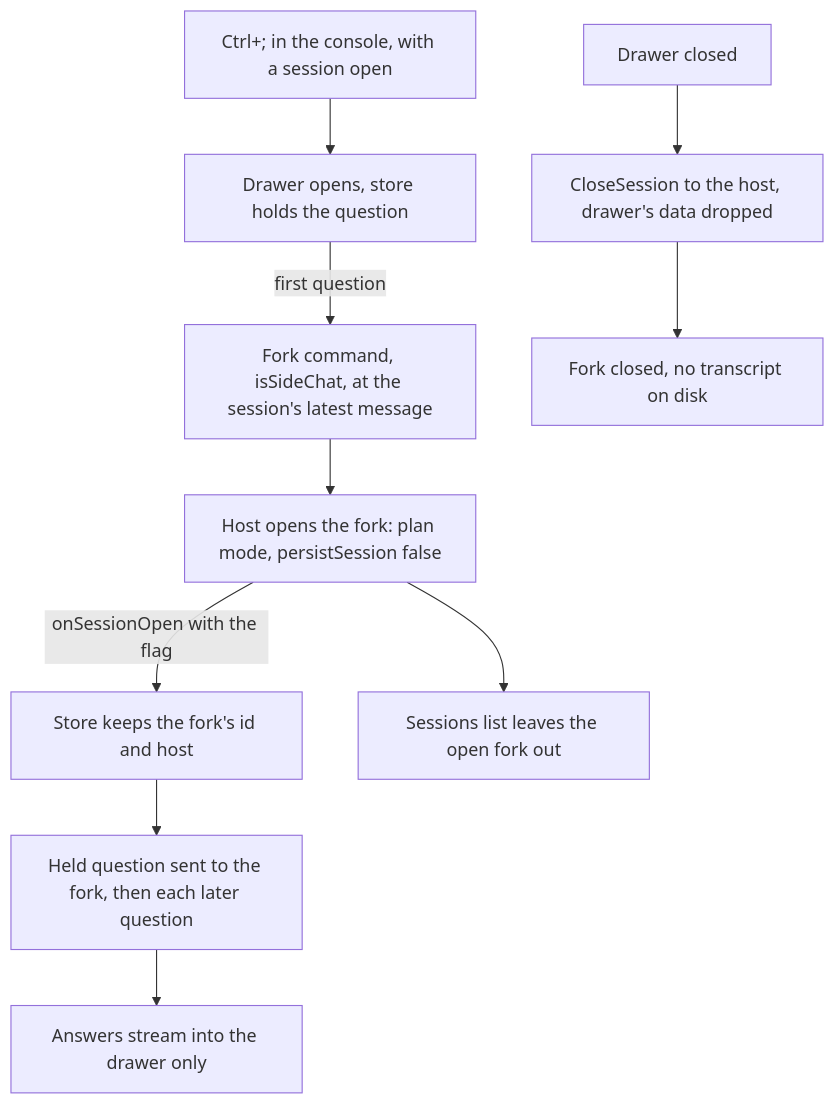
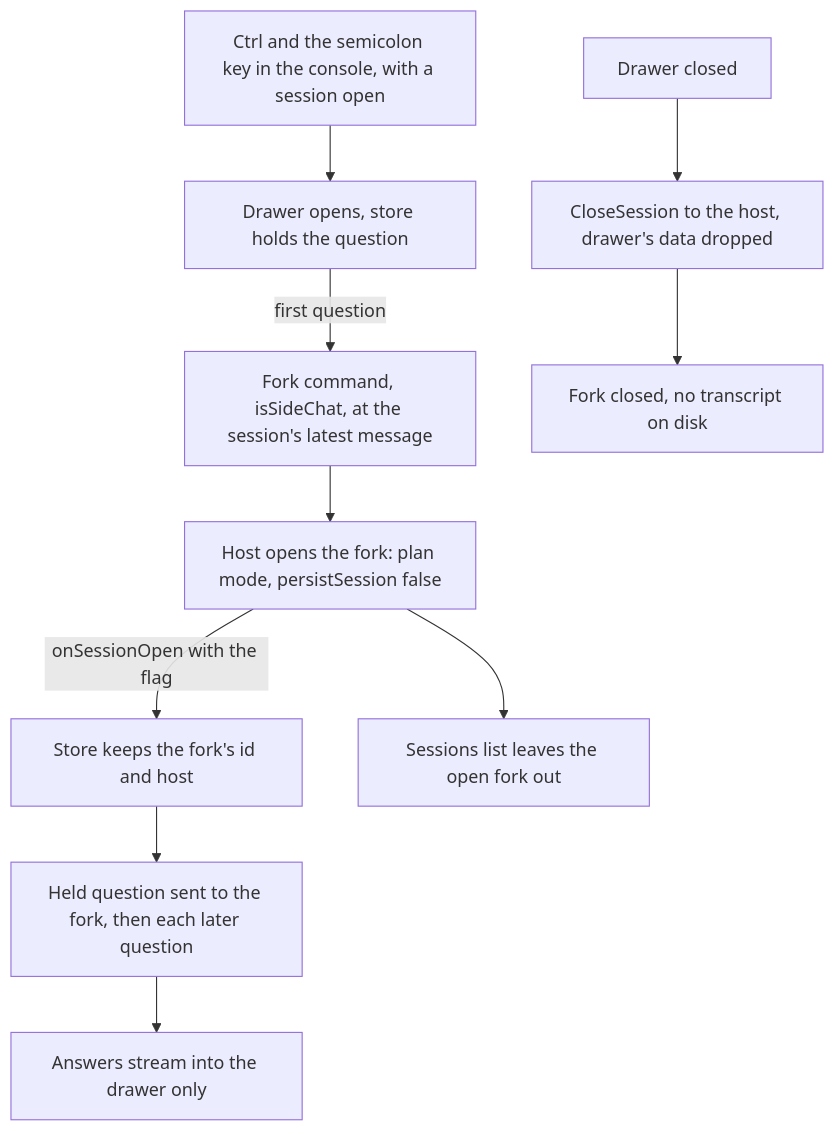
One commit to Esposter/Esposter changed the diagram in openspec/specs/infra/claude-interface/agent-console/side-chat/design.md. Above: the diagram before and after it, drawn with Mermaid. The commit also changed other lines of this file and 3 other files, not shown here.

````diff
--- a/openspec/specs/infra/claude-interface/agent-console/side-chat/design.md
+++ b/openspec/specs/infra/claude-interface/agent-console/side-chat/design.md
@@ -7,12 +7,12 @@
 ```mermaid
 flowchart TD
-  K["Ctrl+; in the console, with a session open"] --> OPEN["Drawer opens, store holds the question"]
+  K["Ctrl and the semicolon key in the console, with a session open"] --> OPEN["Drawer opens, store holds the question"]
   OPEN -->|"first question"| FORK["Fork command, isSideChat, at the session's latest message"]
   FORK --> HOST["Host opens the fork: plan mode, persistSession false"]
   HOST -->|"onSessionOpen with the flag"| HELD["Store keeps the fork's id and host"]
   HELD --> ASK["Held question sent to the fork, then each later question"]
   ASK --> ANSWER["Answers stream into the drawer only"]
   HOST --> LIST["Sessions list leaves the open fork out"]
   CLOSE["Drawer closed"] --> CS["CloseSession to the host, drawer's data dropped"]
   CS --> GONE["Fork closed, no transcript on disk"]
 ```
````
